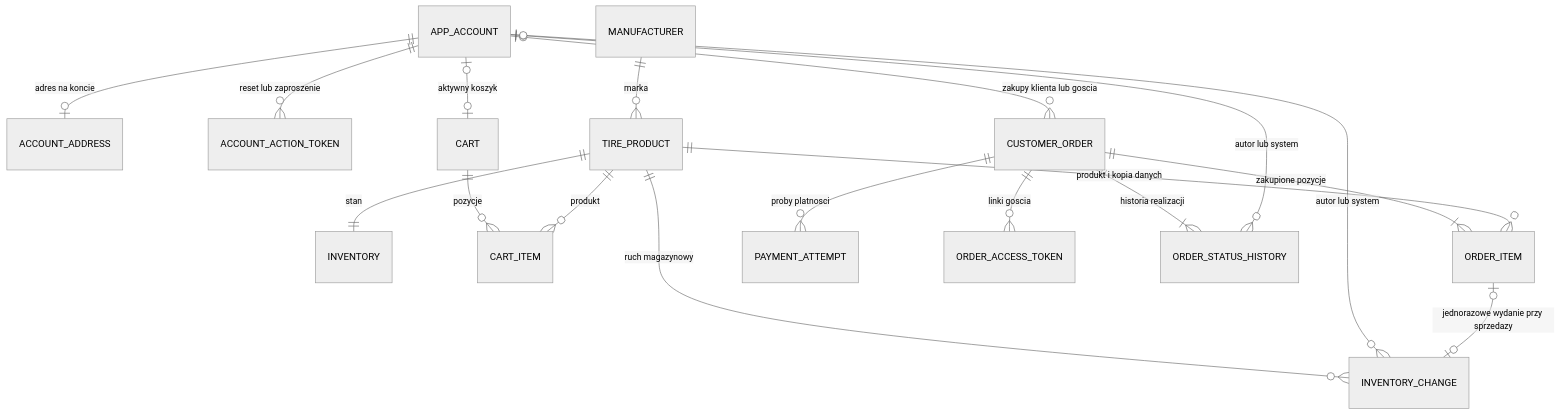
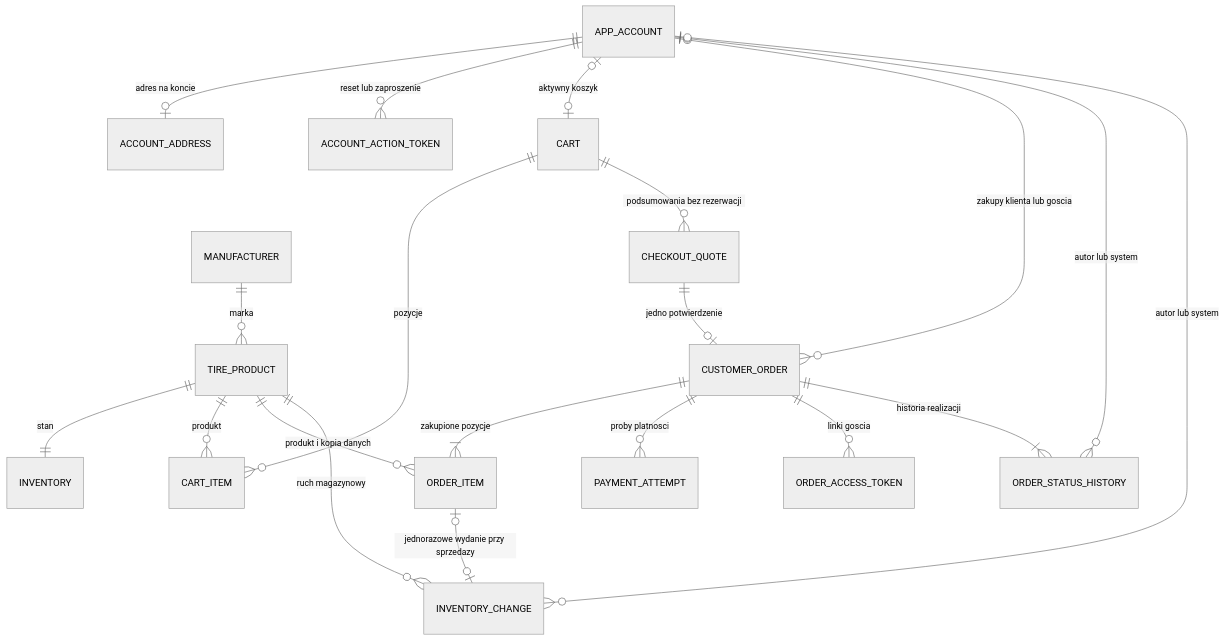
Before and after one commit to stanislaw-kopec/TireShop: the diagram in docs/backend-design.md, drawn with Mermaid (neutral theme). The commit also changed other lines of this file and 30 other files, not shown here.

Commit message:
feat: add order checkout and 15-minute stock reservations

````diff
--- a/docs/backend-design.md
+++ b/docs/backend-design.md
@@ -36,20 +36,22 @@
 ```mermaid
 erDiagram
     APP_ACCOUNT ||--o| ACCOUNT_ADDRESS : "adres na koncie"
     APP_ACCOUNT ||--o{ ACCOUNT_ACTION_TOKEN : "reset lub zaproszenie"
     APP_ACCOUNT o|--o| CART : "aktywny koszyk"
     APP_ACCOUNT o|--o{ CUSTOMER_ORDER : "zakupy klienta lub goscia"
     MANUFACTURER ||--o{ TIRE_PRODUCT : "marka"
     TIRE_PRODUCT ||--|| INVENTORY : "stan"
     CART ||--o{ CART_ITEM : "pozycje"
     TIRE_PRODUCT ||--o{ CART_ITEM : "produkt"
+    CART ||--o{ CHECKOUT_QUOTE : "podsumowania bez rezerwacji"
+    CHECKOUT_QUOTE ||--o| CUSTOMER_ORDER : "jedno potwierdzenie"
     CUSTOMER_ORDER ||--|{ ORDER_ITEM : "zakupione pozycje"
     TIRE_PRODUCT ||--o{ ORDER_ITEM : "produkt i kopia danych"
     CUSTOMER_ORDER ||--o{ PAYMENT_ATTEMPT : "proby platnosci"
     CUSTOMER_ORDER ||--o{ ORDER_ACCESS_TOKEN : "linki goscia"
     CUSTOMER_ORDER ||--|{ ORDER_STATUS_HISTORY : "historia realizacji"
     APP_ACCOUNT o|--o{ ORDER_STATUS_HISTORY : "autor lub system"
     TIRE_PRODUCT ||--o{ INVENTORY_CHANGE : "ruch magazynowy"
     APP_ACCOUNT o|--o{ INVENTORY_CHANGE : "autor lub system"
     ORDER_ITEM o|--o| INVENTORY_CHANGE : "jednorazowe wydanie przy sprzedazy"
 ```
````
